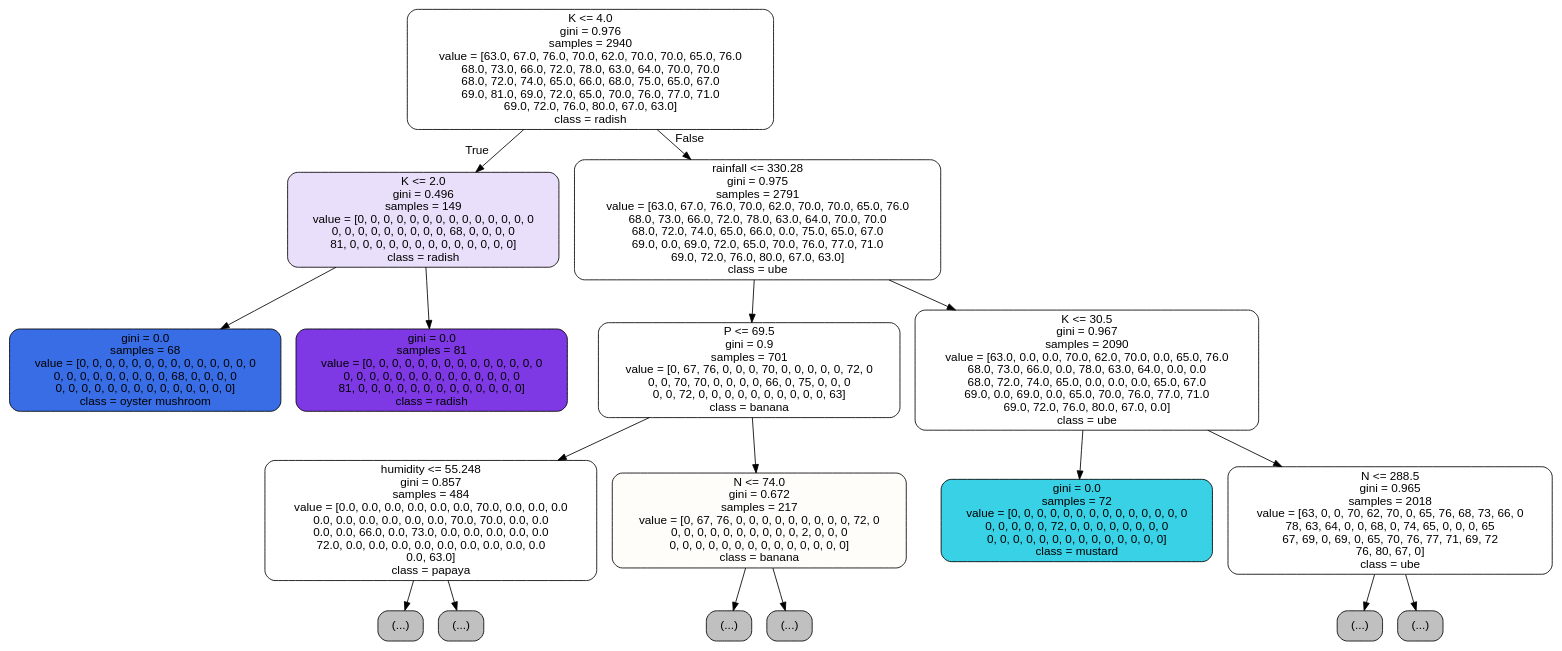
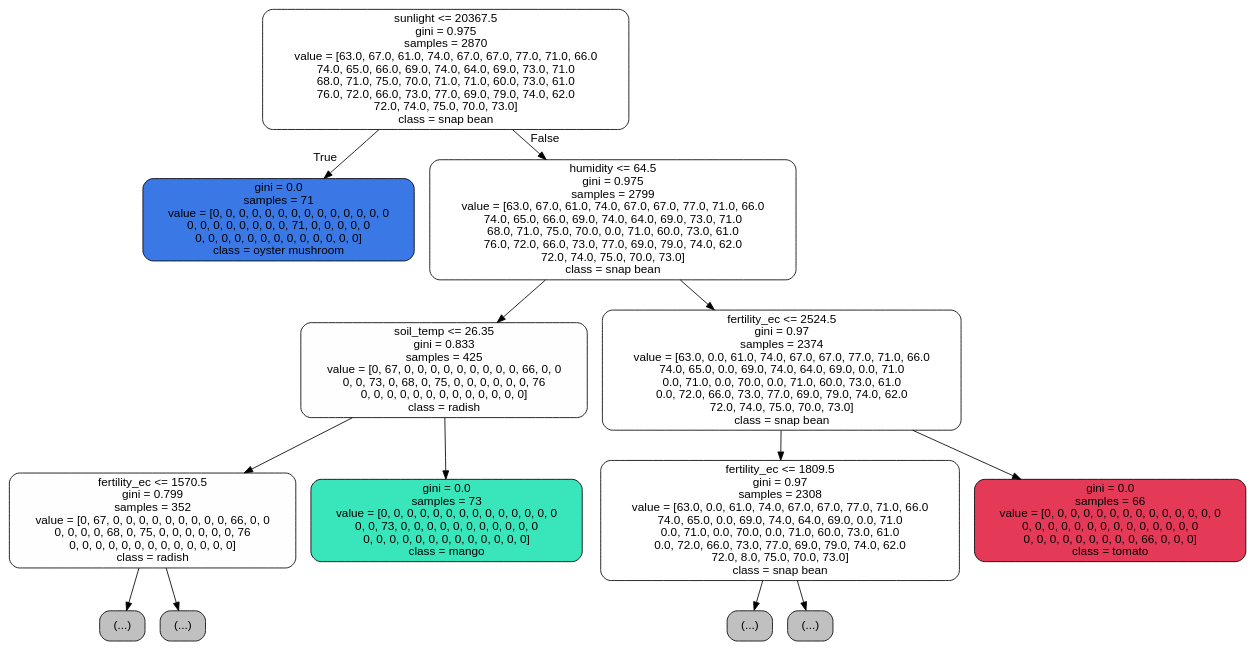
Before and after one commit to CyrusUmali/AiCROP: the diagram in precomputation/decision_tree.dot, drawn with Graphviz. The commit also changed 11 other files, not shown here.

```diff
--- a/precomputation/decision_tree.dot
+++ b/precomputation/decision_tree.dot
@@ -1,37 +1,29 @@
 digraph Tree {
 node [shape=box, style="filled, rounded", color="black", fontname="helvetica"] ;
 edge [fontname="helvetica"] ;
-0 [label="K <= 4.0\ngini = 0.976\nsamples = 2940\nvalue = [63.0, 67.0, 76.0, 70.0, 62.0, 70.0, 70.0, 65.0, 76.0\n68.0, 73.0, 66.0, 72.0, 78.0, 63.0, 64.0, 70.0, 70.0\n68.0, 72.0, 74.0, 65.0, 66.0, 68.0, 75.0, 65.0, 67.0\n69.0, 81.0, 69.0, 72.0, 65.0, 70.0, 76.0, 77.0, 71.0\n69.0, 72.0, 76.0, 80.0, 67.0, 63.0]\nclass = radish", fillcolor="#ffffff"] ;
-1 [label="K <= 2.0\ngini = 0.496\nsamples = 149\nvalue = [0, 0, 0, 0, 0, 0, 0, 0, 0, 0, 0, 0, 0, 0\n0, 0, 0, 0, 0, 0, 0, 0, 0, 68, 0, 0, 0, 0\n81, 0, 0, 0, 0, 0, 0, 0, 0, 0, 0, 0, 0, 0]\nclass = radish", fillcolor="#eadffb"] ;
+0 [label="sunlight <= 20367.5\ngini = 0.975\nsamples = 2870\nvalue = [63.0, 67.0, 61.0, 74.0, 67.0, 67.0, 77.0, 71.0, 66.0\n74.0, 65.0, 66.0, 69.0, 74.0, 64.0, 69.0, 73.0, 71.0\n68.0, 71.0, 75.0, 70.0, 71.0, 71.0, 60.0, 73.0, 61.0\n76.0, 72.0, 66.0, 73.0, 77.0, 69.0, 79.0, 74.0, 62.0\n72.0, 74.0, 75.0, 70.0, 73.0]\nclass = snap bean", fillcolor="#ffffff"] ;
+1 [label="gini = 0.0\nsamples = 71\nvalue = [0, 0, 0, 0, 0, 0, 0, 0, 0, 0, 0, 0, 0, 0\n0, 0, 0, 0, 0, 0, 0, 0, 71, 0, 0, 0, 0, 0\n0, 0, 0, 0, 0, 0, 0, 0, 0, 0, 0, 0, 0]\nclass = oyster mushroom", fillcolor="#3978e5"] ;
 0 -> 1 [labeldistance=2.5, labelangle=45, headlabel="True"] ;
-2 [label="gini = 0.0\nsamples = 68\nvalue = [0, 0, 0, 0, 0, 0, 0, 0, 0, 0, 0, 0, 0, 0\n0, 0, 0, 0, 0, 0, 0, 0, 0, 68, 0, 0, 0, 0\n0, 0, 0, 0, 0, 0, 0, 0, 0, 0, 0, 0, 0, 0]\nclass = oyster mushroom", fillcolor="#396de5"] ;
-1 -> 2 ;
-3 [label="gini = 0.0\nsamples = 81\nvalue = [0, 0, 0, 0, 0, 0, 0, 0, 0, 0, 0, 0, 0, 0\n0, 0, 0, 0, 0, 0, 0, 0, 0, 0, 0, 0, 0, 0\n81, 0, 0, 0, 0, 0, 0, 0, 0, 0, 0, 0, 0, 0]\nclass = radish", fillcolor="#7e39e5"] ;
-1 -> 3 ;
-4 [label="rainfall <= 330.28\ngini = 0.975\nsamples = 2791\nvalue = [63.0, 67.0, 76.0, 70.0, 62.0, 70.0, 70.0, 65.0, 76.0\n68.0, 73.0, 66.0, 72.0, 78.0, 63.0, 64.0, 70.0, 70.0\n68.0, 72.0, 74.0, 65.0, 66.0, 0.0, 75.0, 65.0, 67.0\n69.0, 0.0, 69.0, 72.0, 65.0, 70.0, 76.0, 77.0, 71.0\n69.0, 72.0, 76.0, 80.0, 67.0, 63.0]\nclass = ube", fillcolor="#ffffff"] ;
-0 -> 4 [labeldistance=2.5, labelangle=-45, headlabel="False"] ;
-5 [label="P <= 69.5\ngini = 0.9\nsamples = 701\nvalue = [0, 67, 76, 0, 0, 0, 70, 0, 0, 0, 0, 0, 72, 0\n0, 0, 70, 70, 0, 0, 0, 0, 66, 0, 75, 0, 0, 0\n0, 0, 72, 0, 0, 0, 0, 0, 0, 0, 0, 0, 0, 63]\nclass = banana", fillcolor="#ffffff"] ;
+2 [label="humidity <= 64.5\ngini = 0.975\nsamples = 2799\nvalue = [63.0, 67.0, 61.0, 74.0, 67.0, 67.0, 77.0, 71.0, 66.0\n74.0, 65.0, 66.0, 69.0, 74.0, 64.0, 69.0, 73.0, 71.0\n68.0, 71.0, 75.0, 70.0, 0.0, 71.0, 60.0, 73.0, 61.0\n76.0, 72.0, 66.0, 73.0, 77.0, 69.0, 79.0, 74.0, 62.0\n72.0, 74.0, 75.0, 70.0, 73.0]\nclass = snap bean", fillcolor="#ffffff"] ;
+0 -> 2 [labeldistance=2.5, labelangle=-45, headlabel="False"] ;
+3 [label="soil_temp <= 26.35\ngini = 0.833\nsamples = 425\nvalue = [0, 67, 0, 0, 0, 0, 0, 0, 0, 0, 0, 66, 0, 0\n0, 0, 73, 0, 68, 0, 75, 0, 0, 0, 0, 0, 0, 76\n0, 0, 0, 0, 0, 0, 0, 0, 0, 0, 0, 0, 0]\nclass = radish", fillcolor="#fffeff"] ;
+2 -> 3 ;
+4 [label="fertility_ec <= 1570.5\ngini = 0.799\nsamples = 352\nvalue = [0, 67, 0, 0, 0, 0, 0, 0, 0, 0, 0, 66, 0, 0\n0, 0, 0, 0, 68, 0, 75, 0, 0, 0, 0, 0, 0, 76\n0, 0, 0, 0, 0, 0, 0, 0, 0, 0, 0, 0, 0]\nclass = radish", fillcolor="#fffeff"] ;
+3 -> 4 ;
+5 [label="(...)", fillcolor="#C0C0C0"] ;
 4 -> 5 ;
-6 [label="humidity <= 55.248\ngini = 0.857\nsamples = 484\nvalue = [0.0, 0.0, 0.0, 0.0, 0.0, 0.0, 70.0, 0.0, 0.0, 0.0\n0.0, 0.0, 0.0, 0.0, 0.0, 0.0, 70.0, 70.0, 0.0, 0.0\n0.0, 0.0, 66.0, 0.0, 73.0, 0.0, 0.0, 0.0, 0.0, 0.0\n72.0, 0.0, 0.0, 0.0, 0.0, 0.0, 0.0, 0.0, 0.0, 0.0\n0.0, 63.0]\nclass = papaya", fillcolor="#ffffff"] ;
-5 -> 6 ;
-7 [label="(...)", fillcolor="#C0C0C0"] ;
-6 -> 7 ;
-8 [label="(...)", fillcolor="#C0C0C0"] ;
-6 -> 8 ;
-19 [label="N <= 74.0\ngini = 0.672\nsamples = 217\nvalue = [0, 67, 76, 0, 0, 0, 0, 0, 0, 0, 0, 0, 72, 0\n0, 0, 0, 0, 0, 0, 0, 0, 0, 0, 2, 0, 0, 0\n0, 0, 0, 0, 0, 0, 0, 0, 0, 0, 0, 0, 0, 0]\nclass = banana", fillcolor="#fefdfa"] ;
-5 -> 19 ;
-20 [label="(...)", fillcolor="#C0C0C0"] ;
-19 -> 20 ;
-25 [label="(...)", fillcolor="#C0C0C0"] ;
-19 -> 25 ;
-26 [label="K <= 30.5\ngini = 0.967\nsamples = 2090\nvalue = [63.0, 0.0, 0.0, 70.0, 62.0, 70.0, 0.0, 65.0, 76.0\n68.0, 73.0, 66.0, 0.0, 78.0, 63.0, 64.0, 0.0, 0.0\n68.0, 72.0, 74.0, 65.0, 0.0, 0.0, 0.0, 65.0, 67.0\n69.0, 0.0, 69.0, 0.0, 65.0, 70.0, 76.0, 77.0, 71.0\n69.0, 72.0, 76.0, 80.0, 67.0, 0.0]\nclass = ube", fillcolor="#ffffff"] ;
-4 -> 26 ;
-27 [label="gini = 0.0\nsamples = 72\nvalue = [0, 0, 0, 0, 0, 0, 0, 0, 0, 0, 0, 0, 0, 0\n0, 0, 0, 0, 0, 72, 0, 0, 0, 0, 0, 0, 0, 0\n0, 0, 0, 0, 0, 0, 0, 0, 0, 0, 0, 0, 0, 0]\nclass = mustard", fillcolor="#39d1e5"] ;
-26 -> 27 ;
-28 [label="N <= 288.5\ngini = 0.965\nsamples = 2018\nvalue = [63, 0, 0, 70, 62, 70, 0, 65, 76, 68, 73, 66, 0\n78, 63, 64, 0, 0, 68, 0, 74, 65, 0, 0, 0, 65\n67, 69, 0, 69, 0, 65, 70, 76, 77, 71, 69, 72\n76, 80, 67, 0]\nclass = ube", fillcolor="#ffffff"] ;
-26 -> 28 ;
-29 [label="(...)", fillcolor="#C0C0C0"] ;
+24 [label="(...)", fillcolor="#C0C0C0"] ;
+4 -> 24 ;
+27 [label="gini = 0.0\nsamples = 73\nvalue = [0, 0, 0, 0, 0, 0, 0, 0, 0, 0, 0, 0, 0, 0\n0, 0, 73, 0, 0, 0, 0, 0, 0, 0, 0, 0, 0, 0\n0, 0, 0, 0, 0, 0, 0, 0, 0, 0, 0, 0, 0]\nclass = mango", fillcolor="#39e5ba"] ;
+3 -> 27 ;
+28 [label="fertility_ec <= 2524.5\ngini = 0.97\nsamples = 2374\nvalue = [63.0, 0.0, 61.0, 74.0, 67.0, 67.0, 77.0, 71.0, 66.0\n74.0, 65.0, 0.0, 69.0, 74.0, 64.0, 69.0, 0.0, 71.0\n0.0, 71.0, 0.0, 70.0, 0.0, 71.0, 60.0, 73.0, 61.0\n0.0, 72.0, 66.0, 73.0, 77.0, 69.0, 79.0, 74.0, 62.0\n72.0, 74.0, 75.0, 70.0, 73.0]\nclass = snap bean", fillcolor="#ffffff"] ;
+2 -> 28 ;
+29 [label="fertility_ec <= 1809.5\ngini = 0.97\nsamples = 2308\nvalue = [63.0, 0.0, 61.0, 74.0, 67.0, 67.0, 77.0, 71.0, 66.0\n74.0, 65.0, 0.0, 69.0, 74.0, 64.0, 69.0, 0.0, 71.0\n0.0, 71.0, 0.0, 70.0, 0.0, 71.0, 60.0, 73.0, 61.0\n0.0, 72.0, 66.0, 73.0, 77.0, 69.0, 79.0, 74.0, 62.0\n72.0, 8.0, 75.0, 70.0, 73.0]\nclass = snap bean", fillcolor="#ffffff"] ;
 28 -> 29 ;
-180 [label="(...)", fillcolor="#C0C0C0"] ;
-28 -> 180 ;
+30 [label="(...)", fillcolor="#C0C0C0"] ;
+29 -> 30 ;
+929 [label="(...)", fillcolor="#C0C0C0"] ;
+29 -> 929 ;
+1288 [label="gini = 0.0\nsamples = 66\nvalue = [0, 0, 0, 0, 0, 0, 0, 0, 0, 0, 0, 0, 0, 0\n0, 0, 0, 0, 0, 0, 0, 0, 0, 0, 0, 0, 0, 0\n0, 0, 0, 0, 0, 0, 0, 0, 0, 66, 0, 0, 0]\nclass = tomato", fillcolor="#e53958"] ;
+28 -> 1288 ;
 }
```
